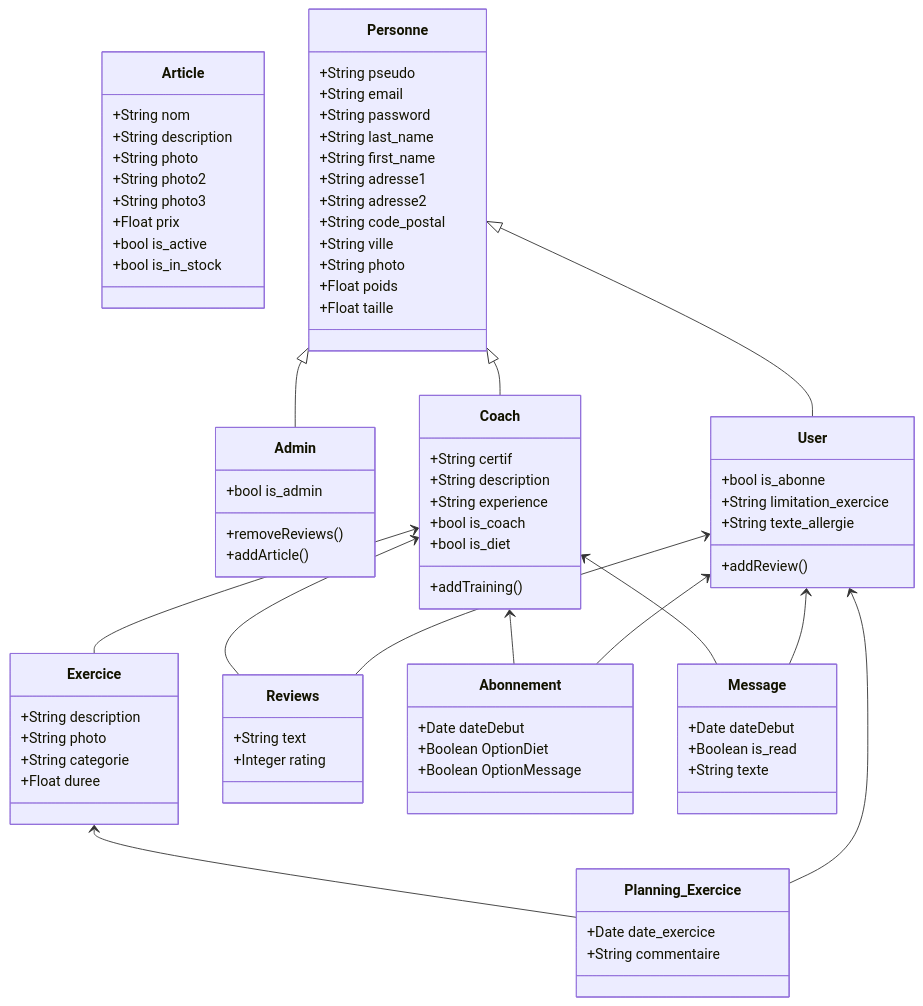
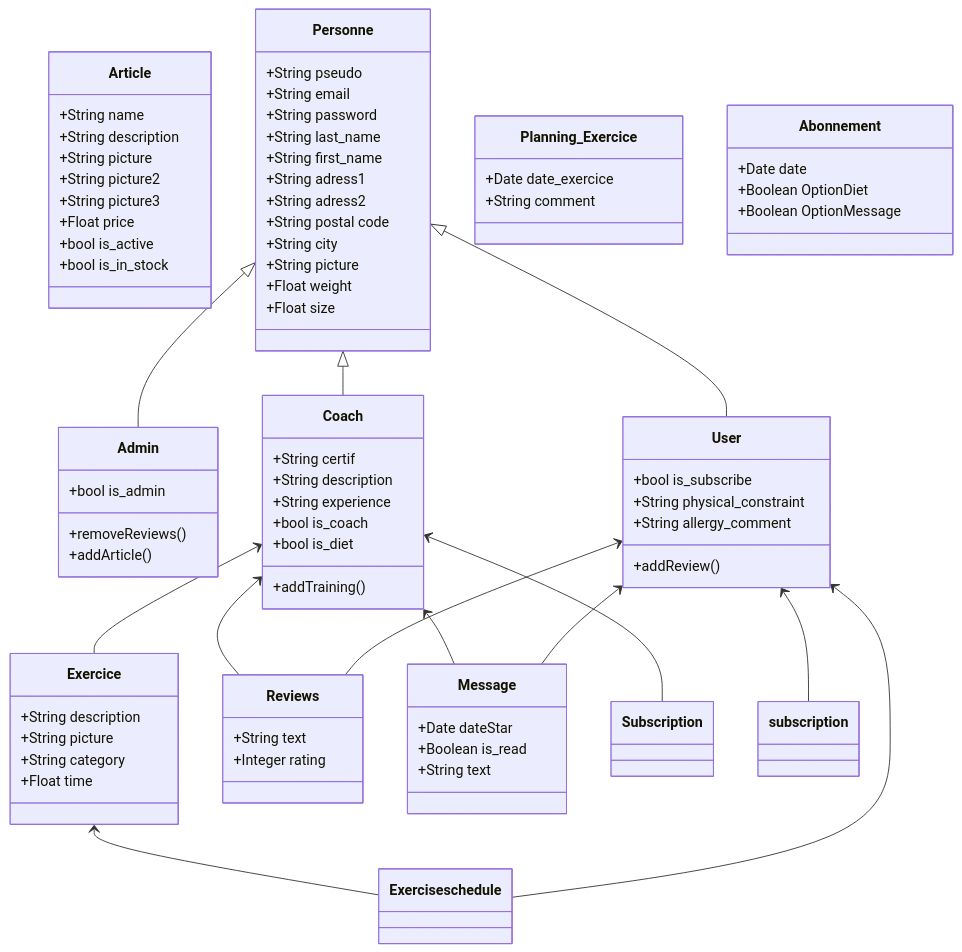
Before and after one commit to Genia888/FitnessHub: the diagram in Documentation/class_diagram.md, drawn with Mermaid.

Commit message:
Update class diagram terminology and structure for consistency

```diff
--- a/Documentation/class_diagram.md
+++ b/Documentation/class_diagram.md
@@ -4,12 +4,12 @@
 classDiagram
 direction TB
     class Article {
-      +String nom
+      +String name
       +String description
-      +String photo
-	    +String photo2
-	    +String photo3
-	    +Float prix
+      +String picture
+	    +String picture2
+	    +String picture3
+	    +Float price
 	    +bool is_active
 	    +bool is_in_stock
     }
@@ -20,26 +20,26 @@
       +String password
 	    +String last_name
 	    +String first_name
-	    +String adresse1
-	    +String adresse2
-	    +String code_postal
-	    +String ville
-      +String photo
-      +Float poids
-      +Float taille
+	    +String adress1
+	    +String adress2
+	    +String postal code
+	    +String city
+      +String picture
+      +Float weight
+      +Float size
     }
 
 
     class Exercice {
       +String description
-      +String photo
-      +String categorie<BRAS,JAMBES,DOS,...>
-      +Float duree
+      +String picture
+      +String category<Arms,Legs,Back,...>
+      +Float time
     }
 
     class Planning_Exercice {
       +Date date_exercice
-      +String commentaire
+      +String comment
     }
 
 
@@ -50,9 +50,9 @@
     }
 
     class User {
-	    +bool is_abonne
-      +String limitation_exercice
-      +String texte_allergie
+	    +bool is_subscribe
+      +String physical_constraint
+      +String allergy_comment
 	    +addReview()
     }
 
@@ -71,26 +71,26 @@
     }
 
     class Abonnement {
-	    +Date dateDebut
+	    +Date date
 	    +Boolean OptionDiet
 	    +Boolean OptionMessage
     }
 
     class Message {
-	    +Date dateDebut
+	    +Date dateStar
 	    +Boolean is_read
-	    +String texte
+	    +String text
     }
     
-    Exercice <-- Planning_Exercice
-    User <-- Planning_Exercice
+    Exercice <-- Exercise schedule
+    User <-- Exercise schedule
     Coach <-- Exercice
     Personne <|-- Admin
     Personne <|-- User
     Coach <-- Reviews
     User <-- Reviews
-    Coach <-- Abonnement
-    User <-- Abonnement
+    Coach <-- Subscription
+    User <-- subscription
     Coach <-- Message
     User <-- Message
     Personne <|-- Coach
```
